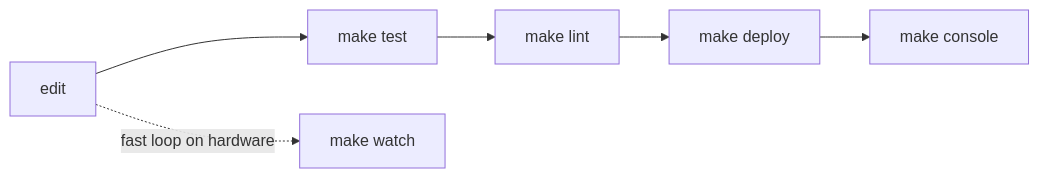
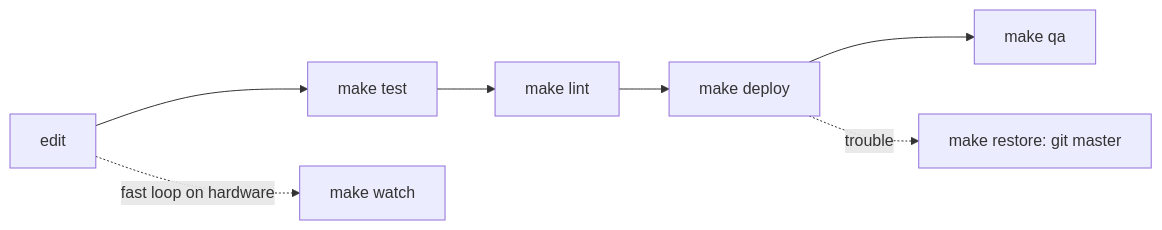
Before and after one commit to dreamev/mm-ecu: the diagram in lode/platform/dev-workflow.md, drawn with Mermaid. The commit also changed other lines of this file and 10 other files, not shown here.

First line of the commit message:
feat: make restore deploys known-good git master; verified deploy tool

````diff
--- a/lode/platform/dev-workflow.md
+++ b/lode/platform/dev-workflow.md
@@ -3,5 +3,6 @@
 ```mermaid
 flowchart LR
-  edit --> test[make test] --> lint[make lint] --> deploy[make deploy] --> console[make console]
+  edit --> test[make test] --> lint[make lint] --> deploy[make deploy] --> qa[make qa]
+  deploy -. trouble .-> restore[make restore: git master]
   edit -. fast loop on hardware .-> watch[make watch]
 ```
````
